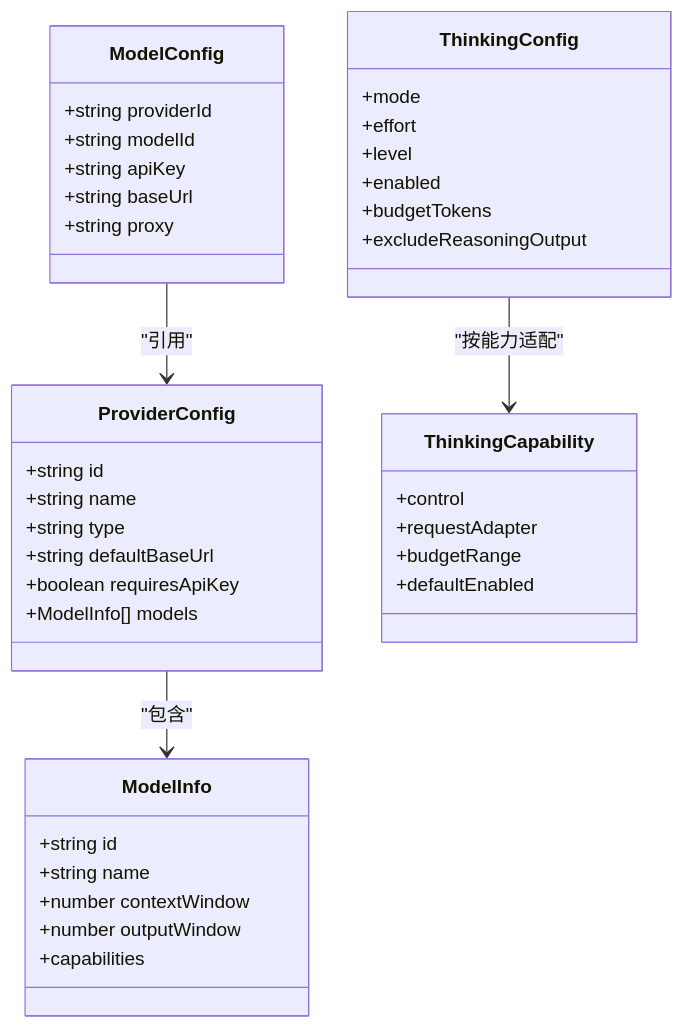
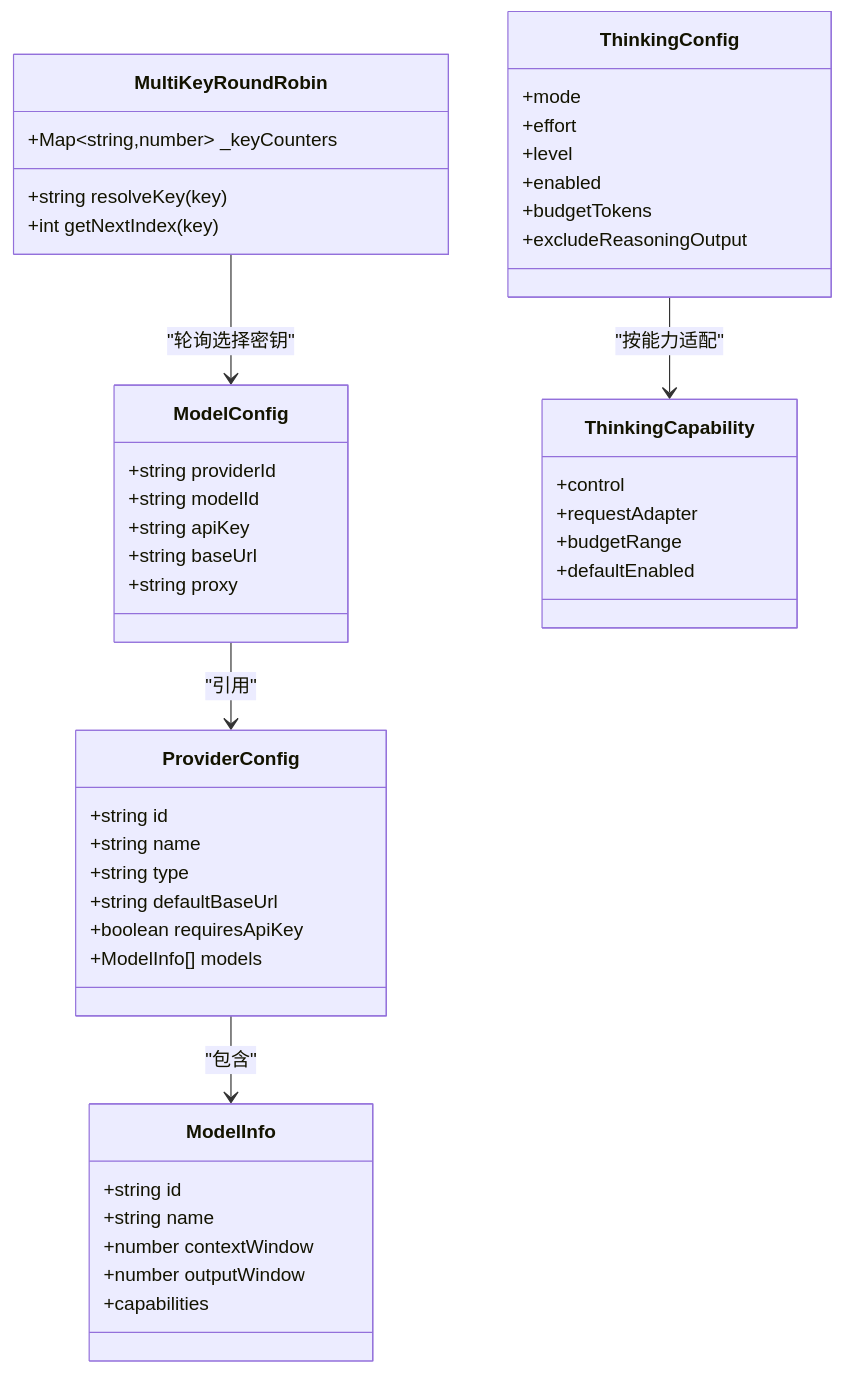
Before and after one commit to huangboheng/OpenMAIC: the second of 2 diagrams in .qoder/repowiki/zh/content/外部服务集成/AI 服务提供商.md, drawn with Mermaid. The commit also changed other lines of this file and 15 other files, not shown here.

````diff
--- a/.qoder/repowiki/zh/content/外部服务集成/AI 服务提供商.md
+++ b/.qoder/repowiki/zh/content/外部服务集成/AI 服务提供商.md
@@ -88,42 +101,48 @@
 ```mermaid
 classDiagram
 class ProviderConfig {
 +string id
 +string name
 +string type
 +string defaultBaseUrl
 +boolean requiresApiKey
 +ModelInfo[] models
 }
 class ModelInfo {
 +string id
 +string name
 +number contextWindow
 +number outputWindow
 +capabilities
 }
 class ModelConfig {
 +string providerId
 +string modelId
 +string apiKey
 +string baseUrl
 +string proxy
 }
 class ThinkingCapability {
 +control
 +requestAdapter
 +budgetRange
 +defaultEnabled
 }
 class ThinkingConfig {
 +mode
 +effort
 +level
 +enabled
 +budgetTokens
 +excludeReasoningOutput
 }
+class MultiKeyRoundRobin {
++Map~string,number~ _keyCounters
++string resolveKey(key)
++int getNextIndex(key)
+}
 ProviderConfig --> ModelInfo : "包含"
 ModelConfig --> ProviderConfig : "引用"
 ThinkingConfig --> ThinkingCapability : "按能力适配"
+MultiKeyRoundRobin --> ModelConfig : "轮询选择密钥"
 ```
````
